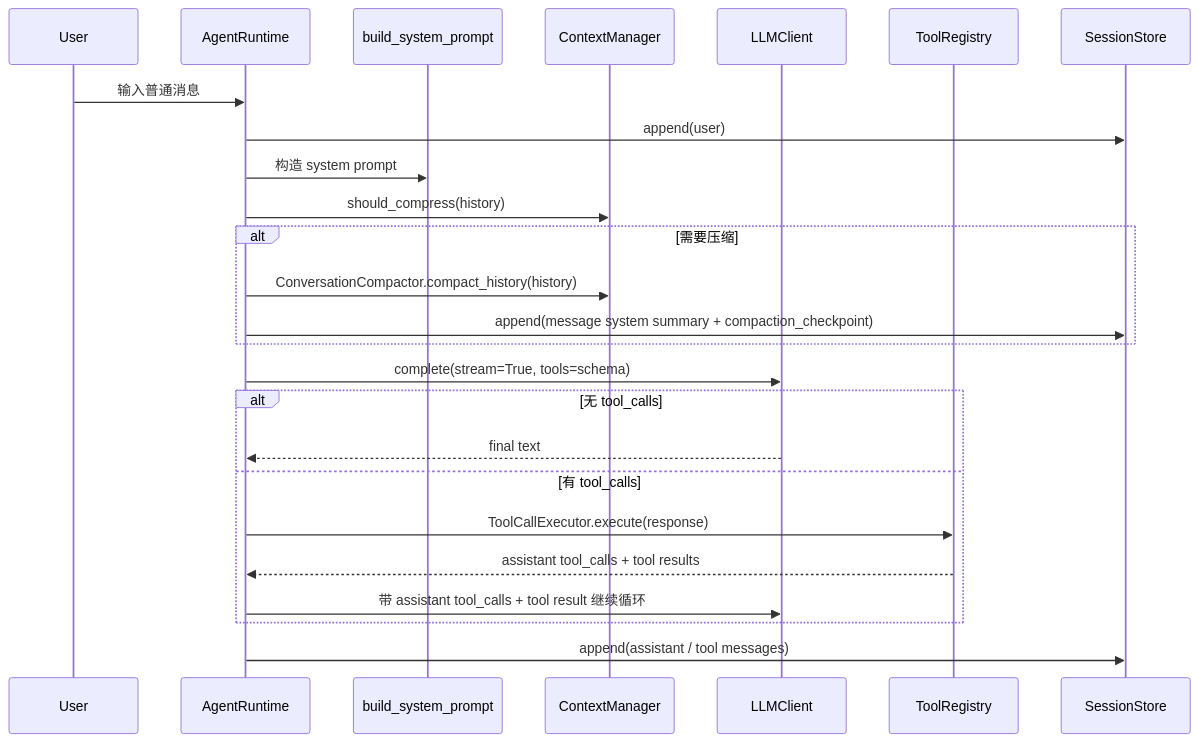
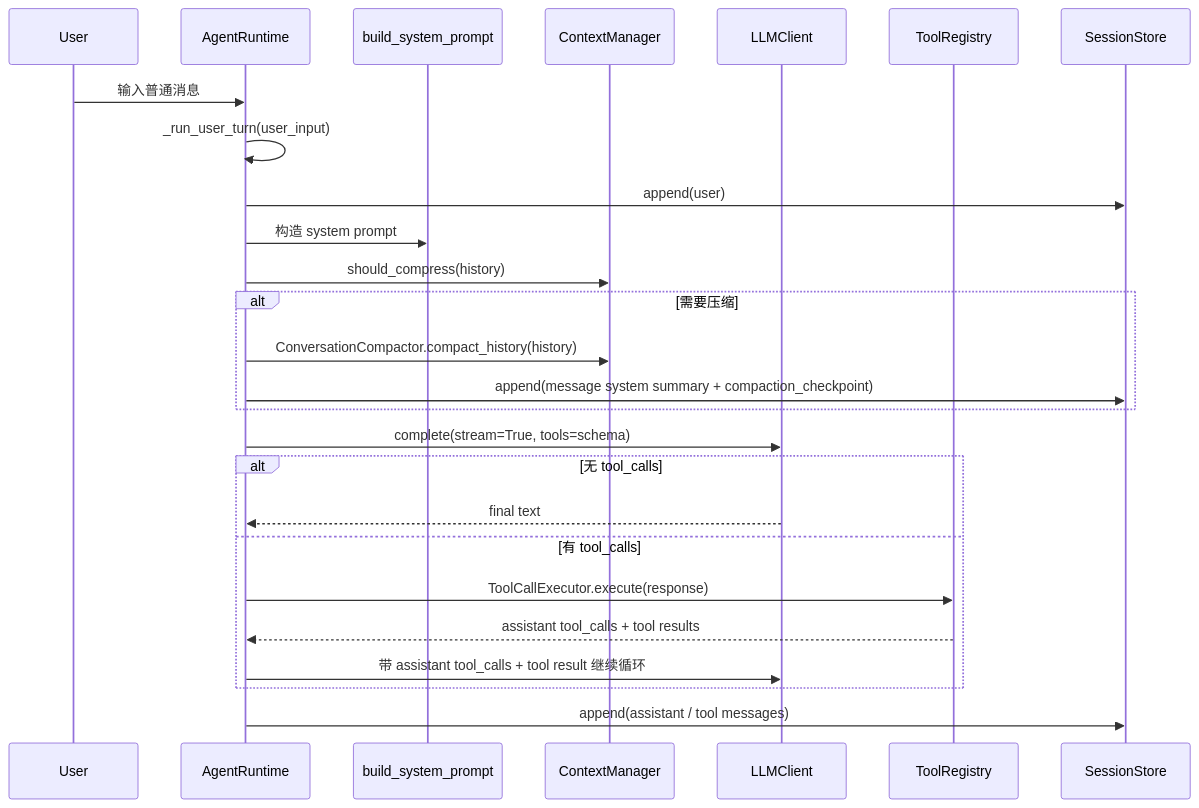
The second of 3 diagrams in docs/current/ARCHITECTURE.md (acofGDUT/Xcode), drawn with Mermaid before and after one commit. The commit also changed other lines of this file and 19 other files, not shown here.

Commit message:
refactor: modularize agent command flow

````diff
--- a/docs/current/ARCHITECTURE.md
+++ b/docs/current/ARCHITECTURE.md
@@ -85,28 +94,29 @@
 ```mermaid
 sequenceDiagram
     participant U as User
     participant R as AgentRuntime
     participant P as build_system_prompt
     participant C as ContextManager
     participant L as LLMClient
     participant T as ToolRegistry
     participant S as SessionStore
 
     U->>R: 输入普通消息
+    R->>R: _run_user_turn(user_input)
     R->>S: append(user)
     R->>P: 构造 system prompt
     R->>C: should_compress(history)
     alt 需要压缩
         R->>C: ConversationCompactor.compact_history(history)
         R->>S: append(message system summary + compaction_checkpoint)
     end
     R->>L: complete(stream=True, tools=schema)
     alt 无 tool_calls
         L-->>R: final text
     else 有 tool_calls
         R->>T: ToolCallExecutor.execute(response)
         T-->>R: assistant tool_calls + tool results
         R->>L: 带 assistant tool_calls + tool result 继续循环
     end
     R->>S: append(assistant / tool messages)
 ```
````
